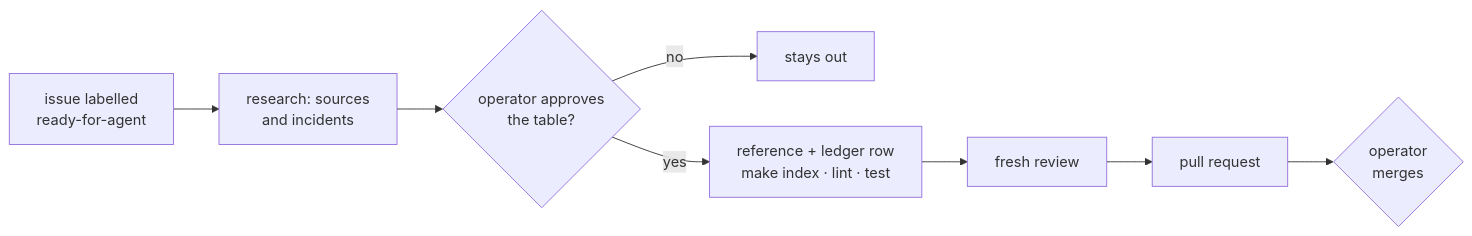
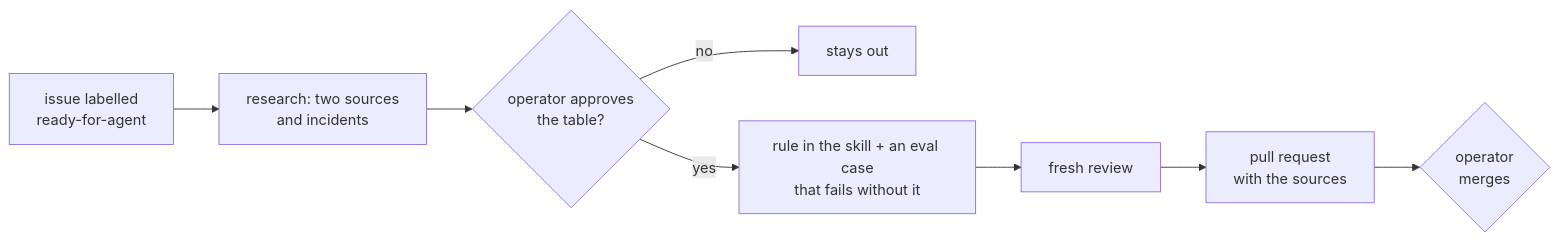
Before and after one commit to chiyanram/skills: the diagram in CONTRIBUTING.md, drawn with Mermaid. The commit also changed other lines of this file and 35 other files, not shown here.

````diff
--- a/CONTRIBUTING.md
+++ b/CONTRIBUTING.md
@@ -118,9 +118,9 @@
 ```mermaid
 flowchart LR
-    I["issue labelled<br/>ready-for-agent"] --> R["research: sources<br/>and incidents"]
+    I["issue labelled<br/>ready-for-agent"] --> R["research: two sources<br/>and incidents"]
     R --> Q{"operator approves<br/>the table?"}
     Q -->|"no"| X["stays out"]
-    Q -->|"yes"| W["reference + ledger row<br/>make index · lint · test"]
+    Q -->|"yes"| W["rule in the skill + an eval case<br/>that fails without it"]
     W --> V["fresh review"]
-    V --> P["pull request"] --> M{"operator<br/>merges"}
+    V --> P["pull request<br/>with the sources"] --> M{"operator<br/>merges"}
 ```
````
